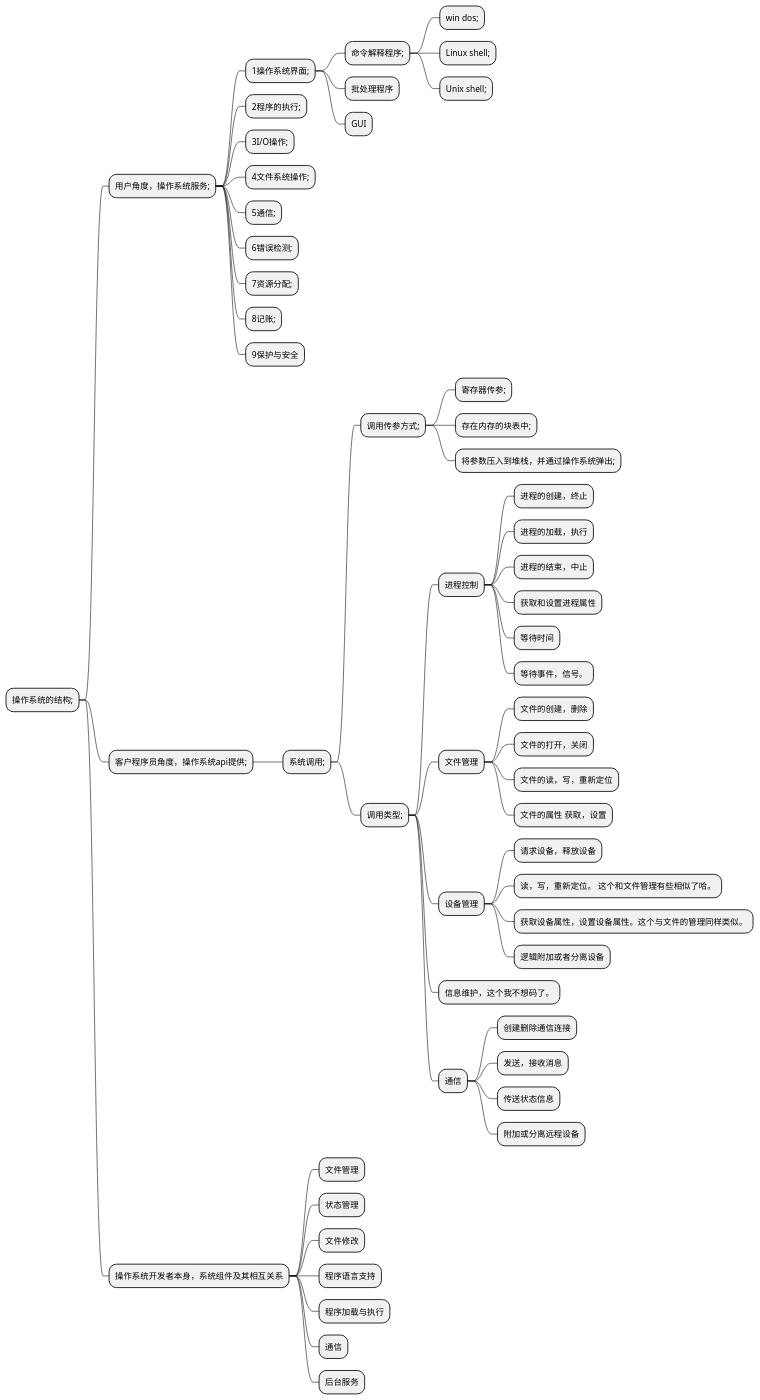
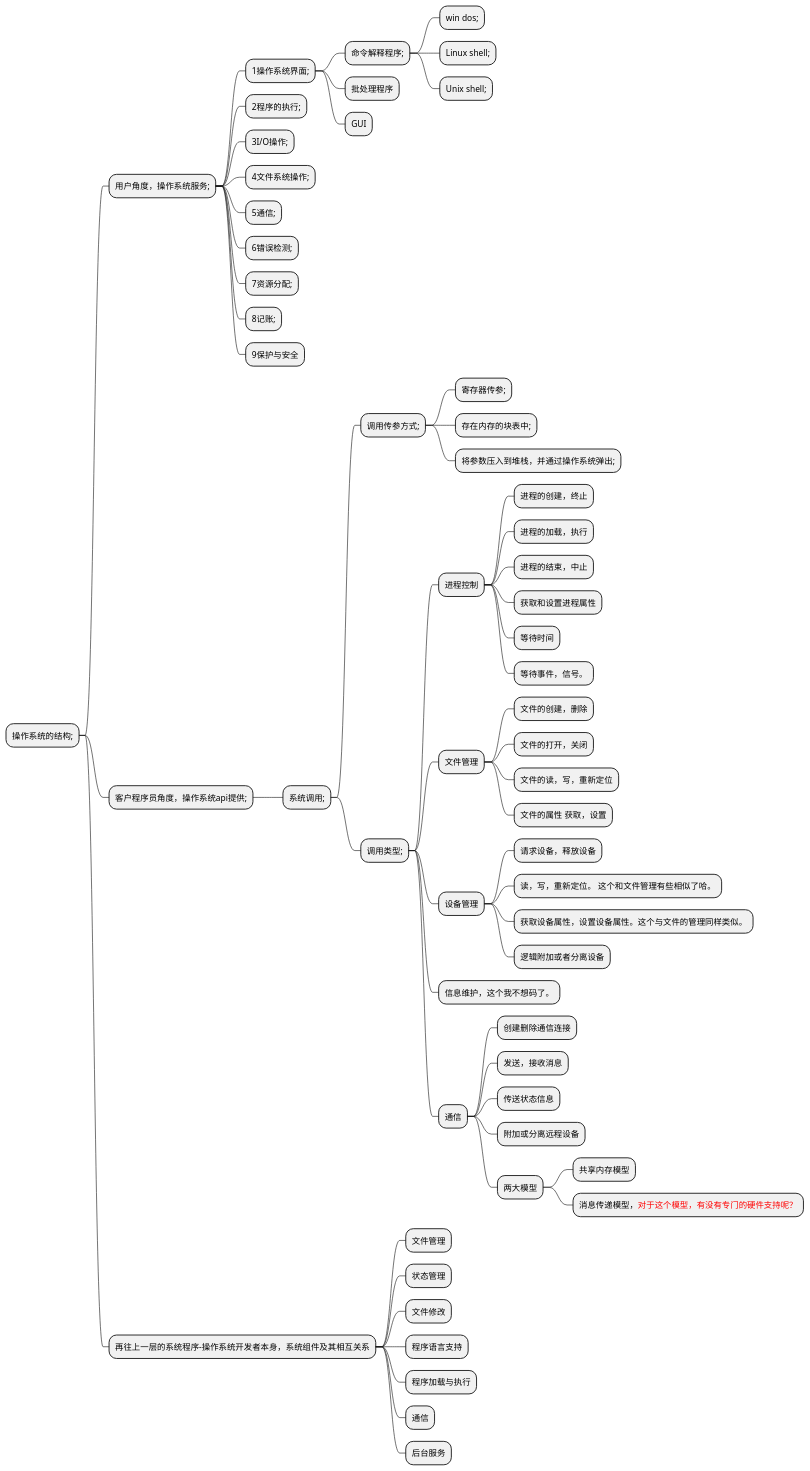
The first of 2 diagrams in OperatingSystermNote/第一部分-概论/导论/导论杂文处理-第二章操作系统结构.md (caoyali/BooksCodeDemo), drawn with PlantUML before and after one commit. The commit also changed other lines of this file and 1 other file, not shown here.

````diff
--- a/OperatingSystermNote/第一部分-概论/导论/导论杂文处理-第二章操作系统结构.md
+++ b/OperatingSystermNote/第一部分-概论/导论/导论杂文处理-第二章操作系统结构.md
@@ -12,60 +12,63 @@
 ```puml
 @startmindmap
 * 操作系统的结构;
  * 用户角度，操作系统服务;
   * 1操作系统界面;
    * 命令解释程序;
     * win dos;
     * Linux shell;
     * Unix shell;
    * 批处理程序
    * GUI
   * 2程序的执行;
   * 3I/O操作;
   * 4文件系统操作;
   * 5通信;
   * 6错误检测;
   * 7资源分配;
   * 8记账;
   * 9保护与安全
  * 客户程序员角度，操作系统api提供;
   * 系统调用;
    * 调用传参方式;
     * 寄存器传参;
     * 存在内存的块表中;
     * 将参数压入到堆栈，并通过操作系统弹出;
    * 调用类型;
     * 进程控制
      * 进程的创建，终止
      * 进程的加载，执行
      * 进程的结束，中止
      * 获取和设置进程属性
      * 等待时间
      * 等待事件，信号。
     * 文件管理
      * 文件的创建，删除
      * 文件的打开，关闭
      * 文件的读，写，重新定位
      * 文件的属性 获取，设置
     * 设备管理
      * 请求设备，释放设备
      * 读，写，重新定位。 这个和文件管理有些相似了哈。
      * 获取设备属性，设置设备属性。这个与文件的管理同样类似。
      * 逻辑附加或者分离设备
     * 信息维护，这个我不想码了。
     * 通信
      * 创建删除通信连接
      * 发送，接收消息
      * 传送状态信息
      * 附加或分离远程设备
+     * 两大模型
+      * 共享内存模型
+      * 消息传递模型，<font color=red>对于这个模型，有没有专门的硬件支持呢？</font>
 
- * 操作系统开发者本身，系统组件及其相互关系
+ * 再往上一层的系统程序-操作系统开发者本身，系统组件及其相互关系
   * 文件管理
   * 状态管理
   * 文件修改
   * 程序语言支持
   * 程序加载与执行
   * 通信
   * 后台服务
 @endmindmap
 ```
````
